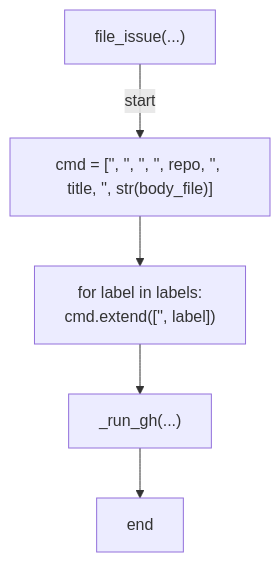
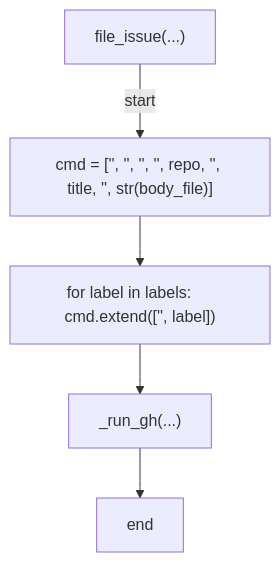
Diagram 25 of 38 in docs/generated/scripts/ast/ruleset_drift.md (tvna/claude-md), drawn with Mermaid before and after one commit. The commit also changed other lines of this file and 29 other files, not shown here.

First line of the commit message:
docs(generated): regenerate decision tree and workflow diagrams (batch 3/5)

````diff
--- a/docs/generated/scripts/ast/ruleset_drift.md
+++ b/docs/generated/scripts/ast/ruleset_drift.md
@@ -321,13 +316,12 @@
 ```mermaid
 flowchart TD
     N001["file_issue(...)"]
     N002["cmd = ['<str>', '<str>', '<str>', '<str>', repo, '<str>', title, '<str>', str(body_file)]"]
-    N003["for label in labels:
-    cmd.extend(['<str>', label])"]
+    N003["for label in labels:     cmd.extend(['<str>', label])"]
     N004["_run_gh(...)"]
     N005["end"]
     N001 -->|"start"| N002
     N002 --> N003
     N003 --> N004
     N004 --> N005
 ```
````
